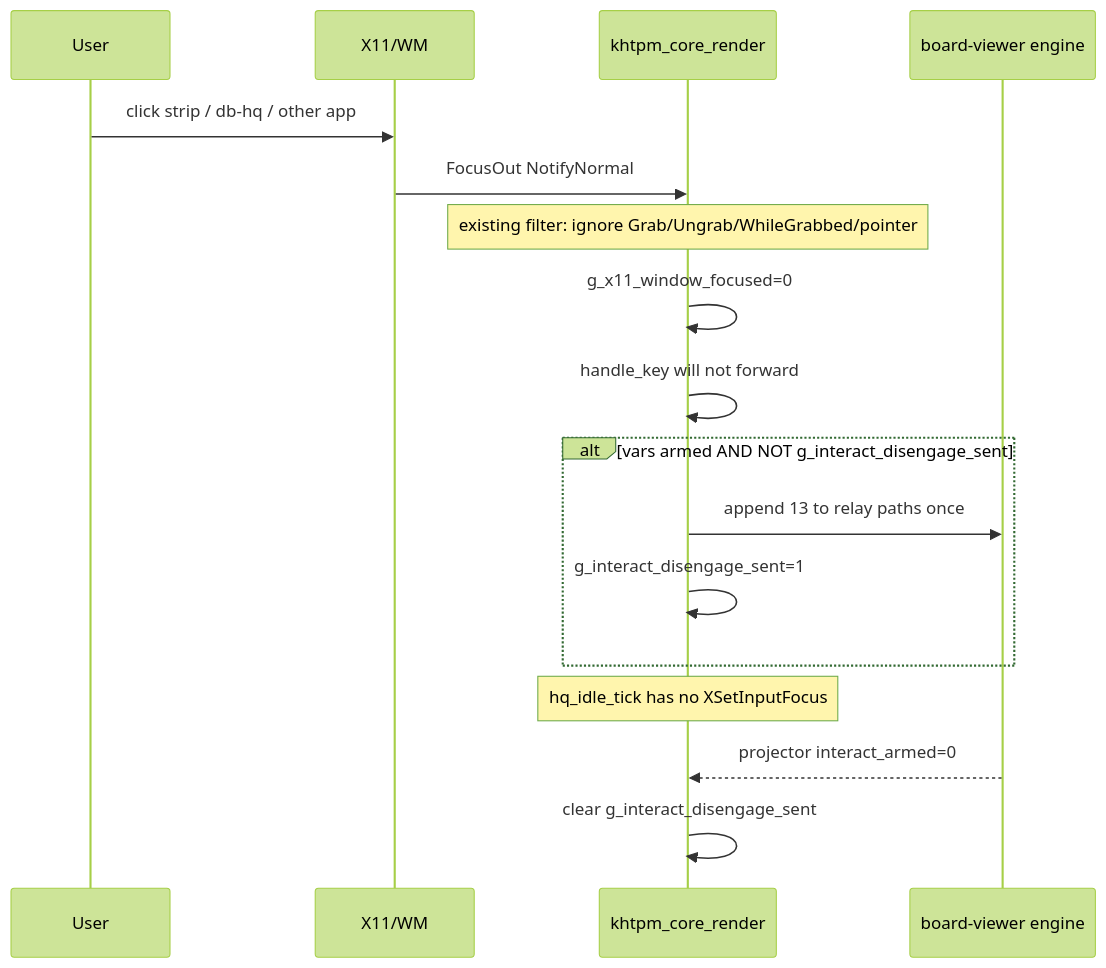
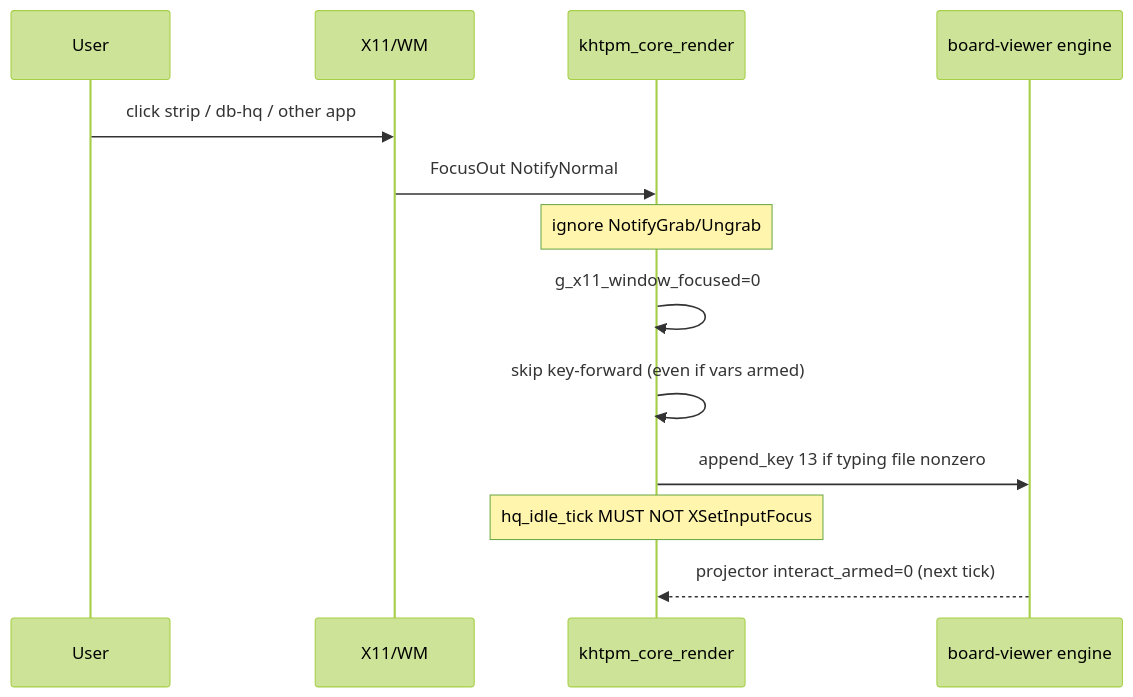
The second of 3 diagrams in ^.HORN-virgo/NNEST-12.00/x0.parent-level-dev-env-04.04/yz.muchiverse/#.#.calendar-dox/!.HQ-IQ-BOOK/08-roadmap/design-docs/PC-HQ-FOCUS-AND-INTERACT-ACTIVATE.md (jbmbrooks1988-debug/russian-doll-all-bak), drawn with Mermaid (forest theme) before and after one commit. The commit also changed other lines of this file and 21875 other files, not shown here.

````diff
--- a/^.HORN-virgo/NNEST-12.00/x0.parent-level-dev-env-04.04/yz.muchiverse/#.#.calendar-dox/!.HQ-IQ-BOOK/08-roadmap/design-docs/PC-HQ-FOCUS-AND-INTERACT-ACTIVATE.md
+++ b/^.HORN-virgo/NNEST-12.00/x0.parent-level-dev-env-04.04/yz.muchiverse/#.#.calendar-dox/!.HQ-IQ-BOOK/08-roadmap/design-docs/PC-HQ-FOCUS-AND-INTERACT-ACTIVATE.md
@@ -138,19 +121,15 @@
 ```mermaid
 sequenceDiagram
     participant User
     participant X as X11/WM
     participant R as khtpm_core_render
     participant E as board-viewer engine
     User->>X: click strip / db-hq / other app
     X->>R: FocusOut NotifyNormal
-    Note over R: existing filter: ignore Grab/Ungrab/WhileGrabbed/pointer
+    Note over R: ignore NotifyGrab/Ungrab
     R->>R: g_x11_window_focused=0
-    R->>R: handle_key will not forward
-    alt vars armed AND NOT g_interact_disengage_sent
-        R->>E: append 13 to relay paths once
-        R->>R: g_interact_disengage_sent=1
-    end
-    Note over R: hq_idle_tick has no XSetInputFocus
-    E-->>R: projector interact_armed=0
-    R->>R: clear g_interact_disengage_sent
+    R->>R: skip key-forward (even if vars armed)
+    R->>E: append_key 13 if typing file nonzero
+    Note over R: hq_idle_tick MUST NOT XSetInputFocus
+    E-->>R: projector interact_armed=0 (next tick)
 ```
````
